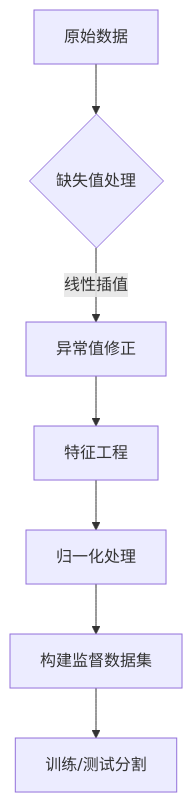
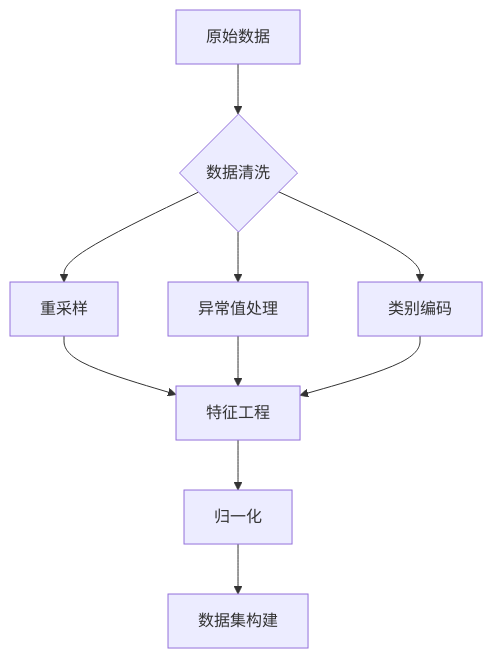
Before and after one commit to Chxiaoyuu/prml2025: the second of 2 diagrams in assignment3/report.md, drawn with Mermaid. The commit also changed other lines of this file, not shown here.

````diff
--- a/assignment3/report.md
+++ b/assignment3/report.md
@@ -109,9 +119,12 @@
 ```mermaid
 graph TD
-    A[原始数据] --> B{缺失值处理}
-    B -->|线性插值| C[异常值修正]
-    C --> D[特征工程]
-    D --> E[归一化处理]
-    E --> F[构建监督数据集]
-    F --> G[训练/测试分割]
+    A[原始数据] --> B{数据清洗}
+    B --> C[重采样]
+    B --> D[异常值处理]
+    B --> E[类别编码]
+    C --> F[特征工程]
+    D --> F
+    E --> F
+    F --> G[归一化]
+    G --> H[数据集构建]
 ```
````
